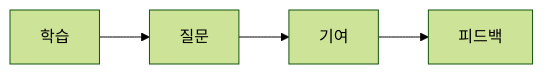
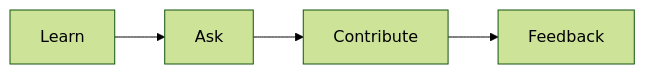
The diagram in content/developer-career-101/ko/07-first-job.md (yeongseon-books/book-content), drawn with Mermaid (forest theme) before and after one commit. The commit also changed other lines of this file and 9 other files, not shown here.

````diff
--- a/content/developer-career-101/ko/07-first-job.md
+++ b/content/developer-career-101/ko/07-first-job.md
@@ -46,6 +52,6 @@
 ```mermaid
 flowchart LR
-    L[학습] --> A[질문]
-    A --> C[기여]
-    C --> F[피드백]
+    L[Learn] --> A[Ask]
+    A --> C[Contribute]
+    C --> F[Feedback]
 ```
````
